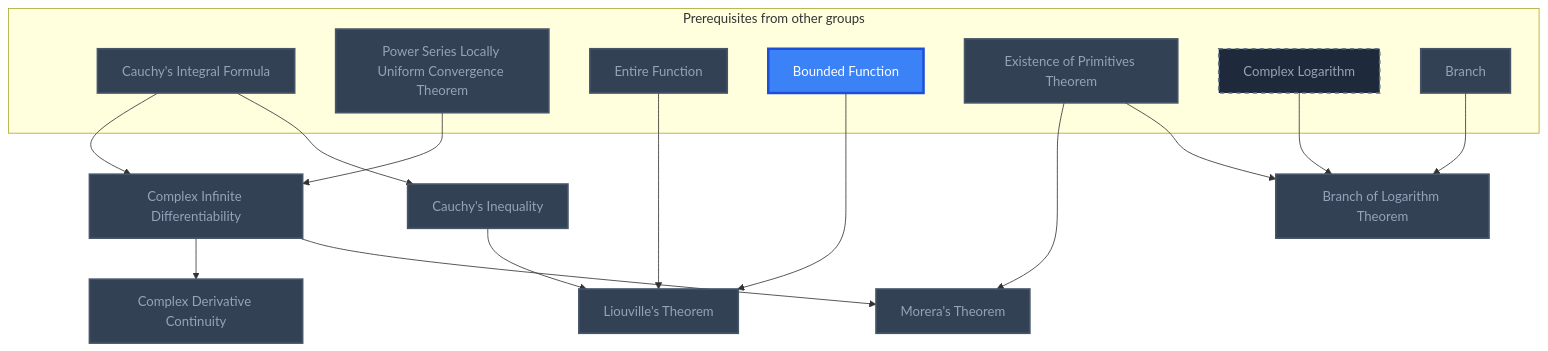
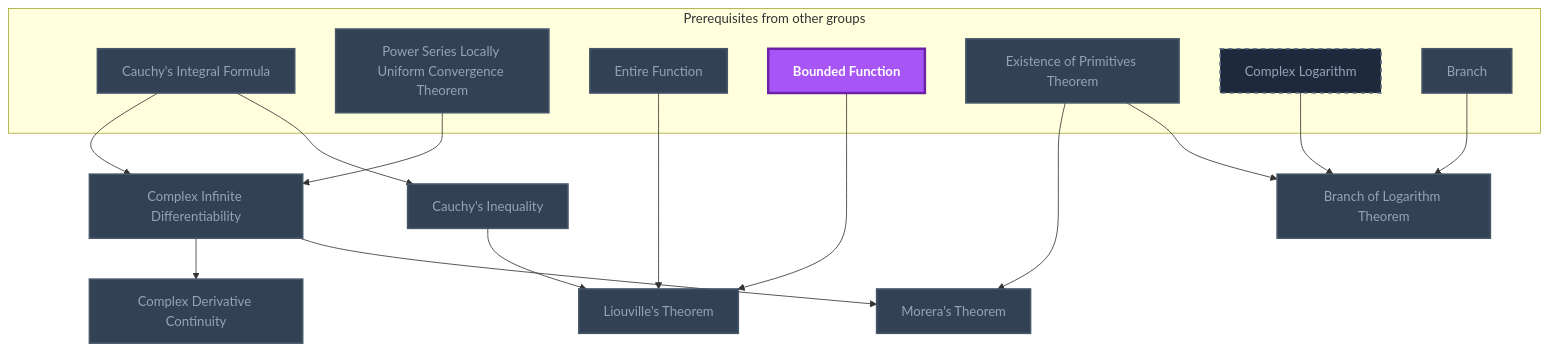
One commit to MRauf1/My-Notes changed the ninth of 19 diagrams in Gamification/Skill Trees/Complex Analysis.md. Above: the diagram before and after it, drawn with Mermaid. The commit also changed other lines of this file and 145 other files, not shown here.

````diff
--- a/Gamification/Skill Trees/Complex Analysis.md
+++ b/Gamification/Skill Trees/Complex Analysis.md
@@ -369,43 +380,43 @@
 ```mermaid
 flowchart TD
     classDef planned fill:#1E293B,stroke:#64748B,stroke-width:2px,stroke-dasharray:5 5,color:#94A3B8;
     classDef locked fill:#334155,stroke:#475569,stroke-width:2px,color:#94A3B8;
     classDef L0 fill:#F1F5F9,stroke:#94A3B8,stroke-width:2px,color:#000000;
     classDef L1 fill:#22C55E,stroke:#15803D,stroke-width:2px,color:#000000;
     classDef L2 fill:#3B82F6,stroke:#1D4ED8,stroke-width:3px,color:#FFFFFF;
     classDef L3 fill:#A855F7,stroke:#6B21A8,stroke-width:3px,color:#FFFFFF,font-weight:bold;
     classDef L4 fill:#F97316,stroke:#C2410C,stroke-width:4px,color:#000000,font-weight:bold;
     classDef L5 fill:#FFD700,stroke:#FF8C00,stroke-width:5px,color:#000000,font-weight:bold;
     classDef rusty stroke:#8B4513,stroke-width:4px,stroke-dasharray:3 3;
     subgraph sg_prereqs["Prerequisites from other groups"]
         n_cauchy_s_integral_formula["Cauchy's Integral Formula"]
         n_power_series_locally_uniform_convergence_theorem["Power Series Locally Uniform Convergence Theorem"]
         n_entire_function["Entire Function"]
         n_bounded_function["Bounded Function"]
         n_existence_of_primitives_theorem["Existence of Primitives Theorem"]
         n_complex_logarithm["Complex Logarithm"]
         n_branch["Branch"]
     end
     n_complex_infinite_differentiability["Complex Infinite Differentiability"]
     n_complex_derivative_continuity["Complex Derivative Continuity"]
     n_cauchy_s_inequality["Cauchy's Inequality"]
     n_liouville_s_theorem["Liouville's Theorem"]
     n_morera_s_theorem["Morera's Theorem"]
     n_branch_of_logarithm_theorem["Branch of Logarithm Theorem"]
     n_cauchy_s_integral_formula --> n_complex_infinite_differentiability
     n_power_series_locally_uniform_convergence_theorem --> n_complex_infinite_differentiability
     n_complex_infinite_differentiability --> n_complex_derivative_continuity
     n_cauchy_s_integral_formula --> n_cauchy_s_inequality
     n_cauchy_s_inequality --> n_liouville_s_theorem
     n_entire_function --> n_liouville_s_theorem
     n_bounded_function --> n_liouville_s_theorem
     n_complex_infinite_differentiability --> n_morera_s_theorem
     n_existence_of_primitives_theorem --> n_morera_s_theorem
     n_existence_of_primitives_theorem --> n_branch_of_logarithm_theorem
     n_complex_logarithm --> n_branch_of_logarithm_theorem
     n_branch --> n_branch_of_logarithm_theorem
     class n_complex_logarithm planned;
     class n_cauchy_s_integral_formula,n_power_series_locally_uniform_convergence_theorem,n_entire_function,n_existence_of_primitives_theorem,n_branch,n_complex_infinite_differentiability,n_complex_derivative_continuity,n_cauchy_s_inequality,n_liouville_s_theorem,n_morera_s_theorem,n_branch_of_logarithm_theorem locked;
-    class n_bounded_function L2;
+    class n_bounded_function L3;
     class n_cauchy_s_integral_formula,n_power_series_locally_uniform_convergence_theorem,n_entire_function,n_bounded_function,n_existence_of_primitives_theorem,n_branch,n_complex_infinite_differentiability,n_complex_derivative_continuity,n_cauchy_s_inequality,n_liouville_s_theorem,n_morera_s_theorem,n_branch_of_logarithm_theorem internal-link;
 ```
````
